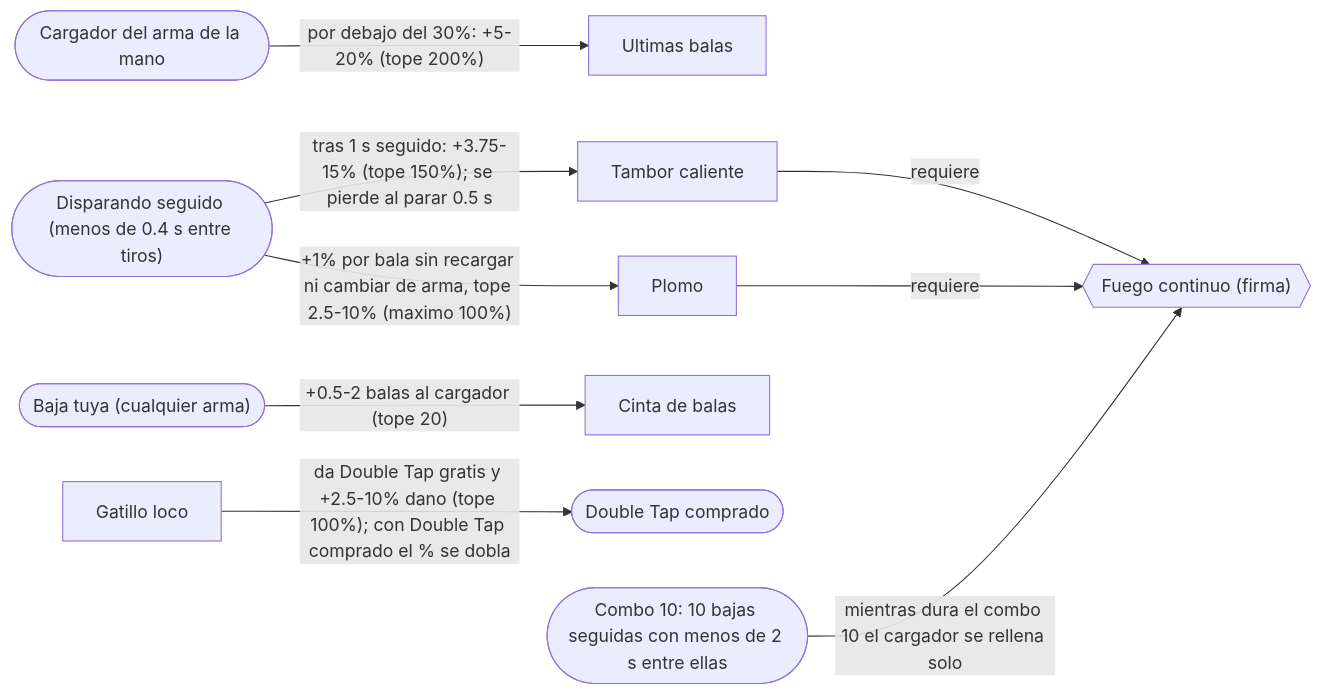
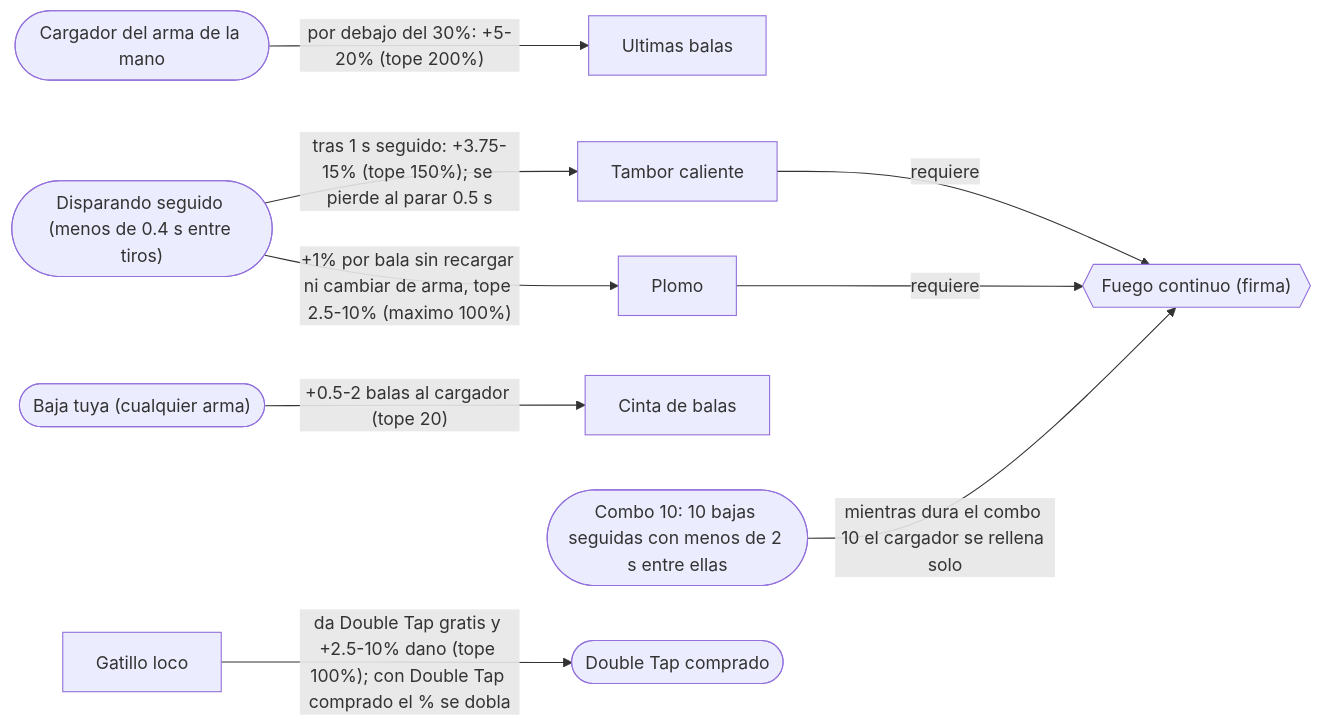
Before and after one commit to emailyasi1/bo2jodas: diagram 11 of 15 in ARQUETIPOS.md, drawn with Mermaid. The commit also changed other lines of this file and 6 other files, not shown here.

````diff
--- a/ARQUETIPOS.md
+++ b/ARQUETIPOS.md
@@ -414,22 +414,22 @@
 ```mermaid
 flowchart LR
     cadencia["Gatillo loco"]
     ultimas["Ultimas balas"]
     tambor["Tambor caliente"]
     plomo["Plomo"]
     cinta["Cinta de balas"]
     continuo{{"Fuego continuo (firma)"}}
     CARGADOR(["Cargador del arma de la mano"])
+    COMBO10(["Combo 10: 10 bajas seguidas con menos de 2 s entre ellas"])
     RAFAGA(["Disparando seguido (menos de 0.4 s entre tiros)"])
+    DT(["Double Tap comprado"])
     BAJA(["Baja tuya (cualquier arma)"])
-    DT(["Double Tap comprado"])
-    COMBO10(["Combo 10: 10 bajas seguidas con menos de 2 s entre ellas"])
     cadencia -->|"da Double Tap gratis y +2.5-10% dano (tope 100%); con Double Tap comprado el % se dobla"| DT
     CARGADOR -->|"por debajo del 30%: +5-20% (tope 200%)"| ultimas
     RAFAGA -->|"tras 1 s seguido: +3.75-15% (tope 150%); se pierde al parar 0.5 s"| tambor
     RAFAGA -->|"+1% por bala sin recargar ni cambiar de arma, tope 2.5-10% (maximo 100%)"| plomo
     BAJA -->|"+0.5-2 balas al cargador (tope 20)"| cinta
     tambor -->|"requiere"| continuo
     plomo -->|"requiere"| continuo
     COMBO10 -->|"mientras dura el combo 10 el cargador se rellena solo"| continuo
 ```
````
